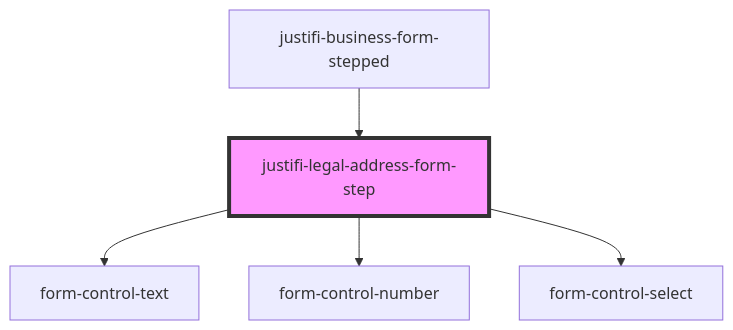
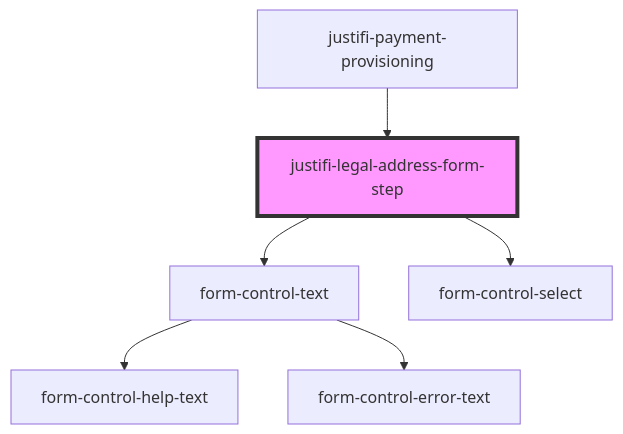
The diagram in packages/webcomponents/src/components/business-forms/payment-provisioning/legal-address-form/readme.md (justifi-tech/web-component-library), drawn with Mermaid before and after one commit. The commit also changed other lines of this file and 32 other files, not shown here.

````diff
--- a/packages/webcomponents/src/components/business-forms/payment-provisioning/legal-address-form/readme.md
+++ b/packages/webcomponents/src/components/business-forms/payment-provisioning/legal-address-form/readme.md
@@ -28,8 +57,9 @@
 ```mermaid
 graph TD;
   justifi-legal-address-form-step --> form-control-text
-  justifi-legal-address-form-step --> form-control-number
   justifi-legal-address-form-step --> form-control-select
-  justifi-business-form-stepped --> justifi-legal-address-form-step
+  form-control-text --> form-control-help-text
+  form-control-text --> form-control-error-text
+  justifi-payment-provisioning --> justifi-legal-address-form-step
   style justifi-legal-address-form-step fill:#f9f,stroke:#333,stroke-width:4px
 ```
````
